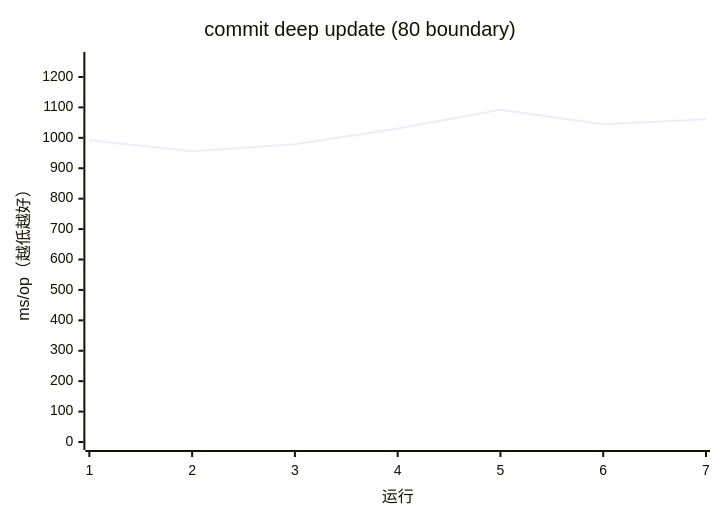
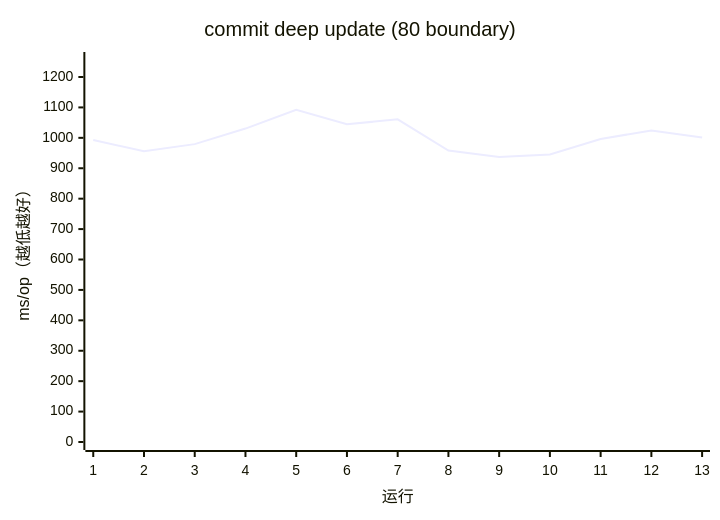
One commit to AIluffy/io changed the seventh of 17 diagrams in apps/docs/src/content/docs/guides/benchmark.mdx. Above: the diagram before and after it, drawn with Mermaid. The commit also changed other lines of this file and 11 other files, not shown here.

````diff
--- a/apps/docs/src/content/docs/guides/benchmark.mdx
+++ b/apps/docs/src/content/docs/guides/benchmark.mdx
@@ -178,7 +265,7 @@
 ```mermaid
 xychart-beta
   title "commit deep update (80 boundary)"
-  x-axis "运行" [1, 2, 3, 4, 5, 6, 7]
+  x-axis "运行" [1, 2, 3, 4, 5, 6, 7, 8, 9, 10, 11, 12, 13]
   y-axis "ms/op（越低越好）" 0 --> 1255.9128
-  line [992.725, 955.8344, 979.2947, 1030.485, 1092.0981, 1044.7571, 1060.7891]
+  line [992.725, 955.8344, 979.2947, 1030.485, 1092.0981, 1044.7571, 1060.7891, 958.0996, 937.104, 945.5124, 996.1228, 1024.3481, 1000.8426]
 ```
````
